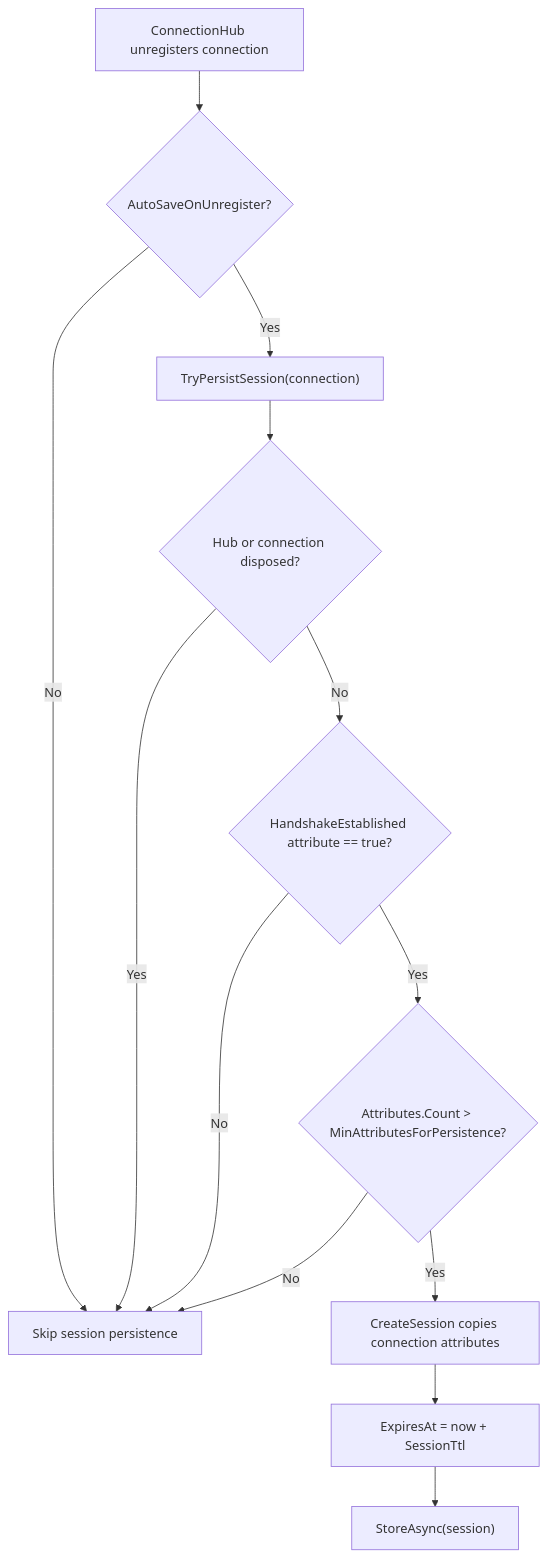
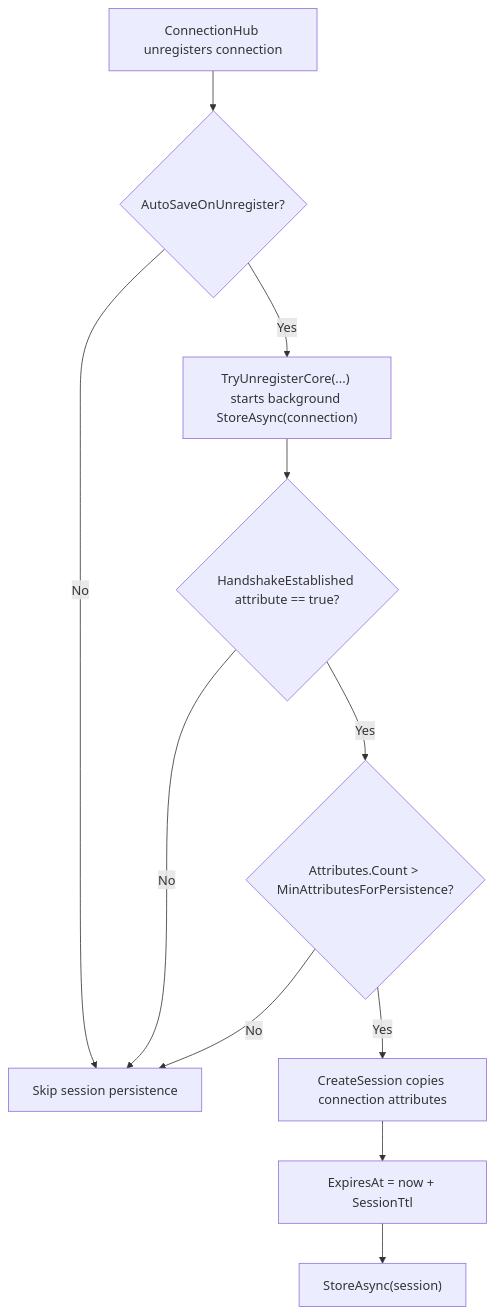
One commit to ppn-systems/Nalix changed the diagram in docs/api/options/network/session-store-options.md. Above: the diagram before and after it, drawn with Mermaid. The commit also changed other lines of this file and 101 other files, not shown here.

````diff
--- a/docs/api/options/network/session-store-options.md
+++ b/docs/api/options/network/session-store-options.md
@@ -37,15 +37,13 @@
 ```mermaid
 flowchart TD
     A["ConnectionHub unregisters connection"] --> B{"AutoSaveOnUnregister?"}
     B -->|No| Z["Skip session persistence"]
-    B -->|Yes| C["TryPersistSession(connection)"]
-    C --> D{"Hub or connection disposed?"}
-    D -->|Yes| Z
-    D -->|No| E{"HandshakeEstablished attribute == true?"}
+    B -->|Yes| C["TryUnregisterCore(...) starts background StoreAsync(connection)"]
+    C --> D{"HandshakeEstablished attribute == true?"}
+    D -->|No| Z
+    D -->|Yes| E{"Attributes.Count > MinAttributesForPersistence?"}
     E -->|No| Z
-    E -->|Yes| F{"Attributes.Count > MinAttributesForPersistence?"}
-    F -->|No| Z
-    F -->|Yes| G["CreateSession copies connection attributes"]
-    G --> H["ExpiresAt = now + SessionTtl"]
-    H --> I["StoreAsync(session)"]
+    E -->|Yes| F["CreateSession copies connection attributes"]
+    F --> G["ExpiresAt = now + SessionTtl"]
+    G --> H["StoreAsync(session)"]
 ```
````
